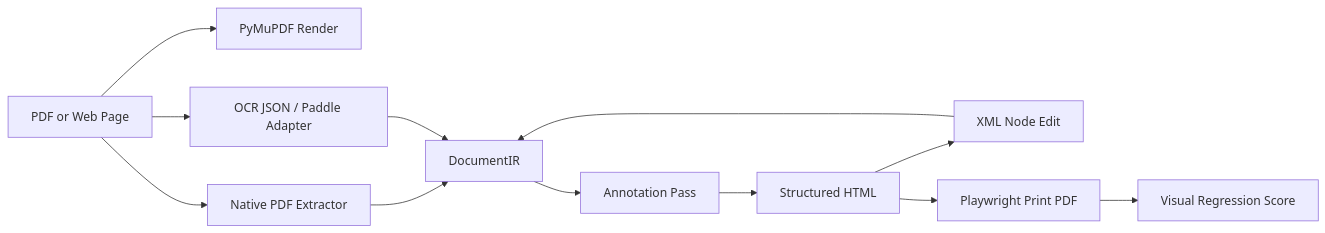
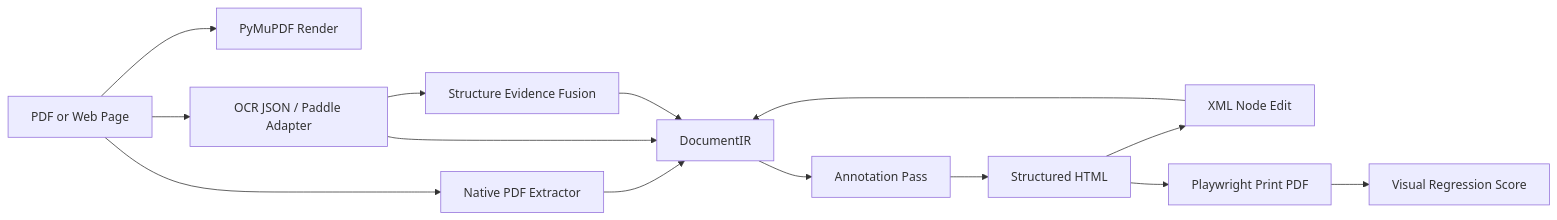
The diagram in README.md (followcat/Scriptorium), drawn with Mermaid before and after one commit. The commit also changed other lines of this file and 6 other files, not shown here.

Commit message:
feat: fuse external structure evidence

````diff
--- a/README.md
+++ b/README.md
@@ -262,14 +271,16 @@
 ```mermaid
 flowchart LR
   A[PDF or Web Page] --> B[PyMuPDF Render]
   A --> C[Native PDF Extractor]
   A --> D[OCR JSON / Paddle Adapter]
+  D --> K[Structure Evidence Fusion]
   C --> E[DocumentIR]
   D --> E
+  K --> E
   E --> F[Annotation Pass]
   F --> G[Structured HTML]
   G --> H[XML Node Edit]
   H --> E
   G --> I[Playwright Print PDF]
   I --> J[Visual Regression Score]
 ```
````
